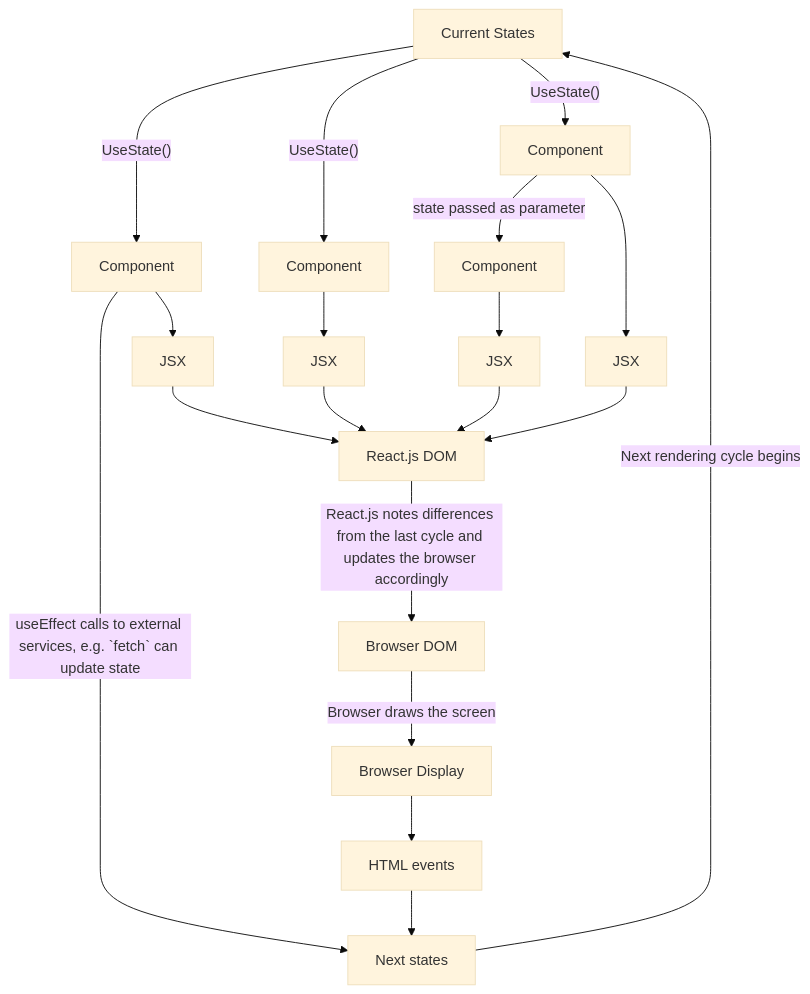
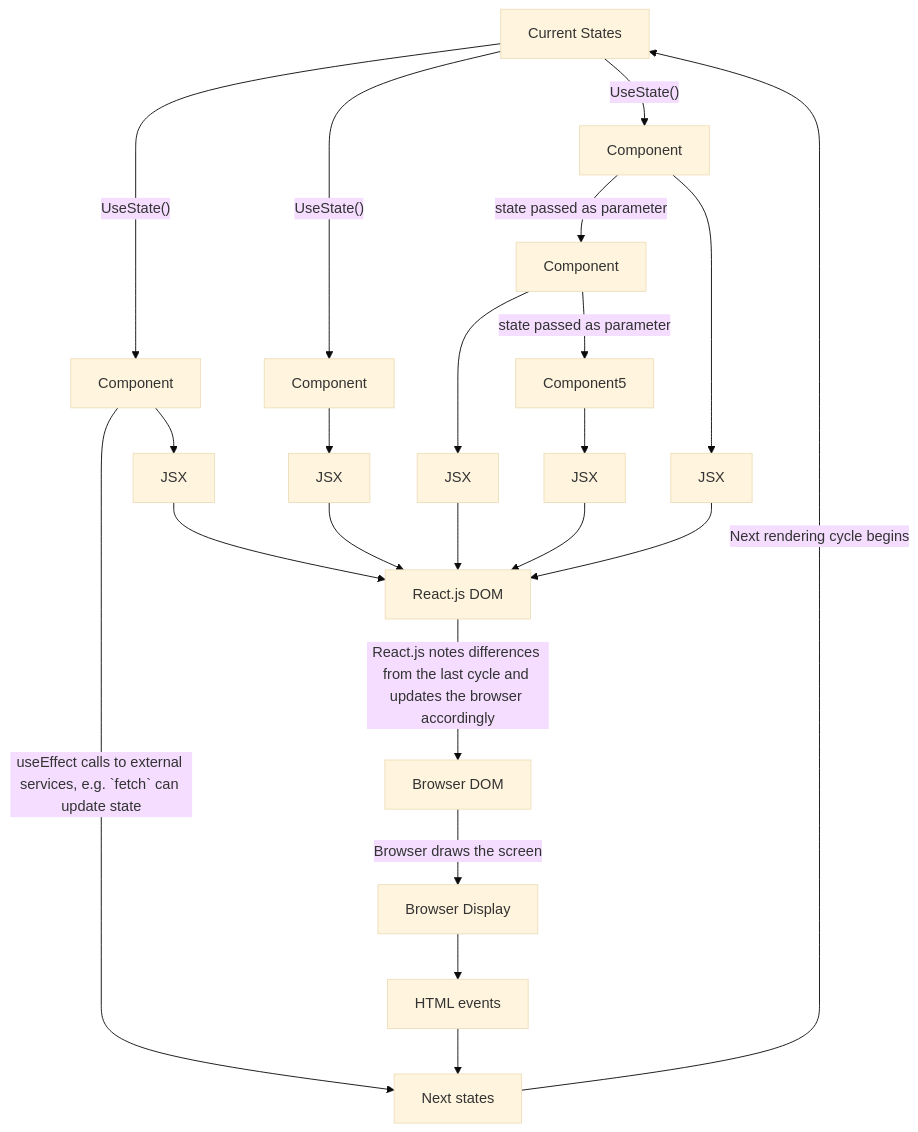
The second of 5 diagrams in README.md (Billy-Spearman-WCCI/RaceCarExtension), drawn with Mermaid (base theme) before and after one commit.

Commit message:
State can be passed from component to component

````diff
--- a/README.md
+++ b/README.md
@@ -560,21 +560,24 @@
     ```mermaid
     graph TB;
     state-->|"UseState()"|Component
     state-->|"UseState()"|Component2[Component]
     state-->|"UseState()"|Component4[Component]
     Component2-->JSX2[JSX]
     JSX2-->ReactDOM
     Component3[Component]-->JSX3[JSX]
     JSX3-->ReactDOM
+    Component3-->|state passed as parameter|Component5
     Component4-->|state passed as parameter|Component3
     Component4-->JSX4[JSX]
+    Component5-->JSX5[JSX]
     JSX4-->ReactDOM
+    JSX5-->ReactDOM
     Component-->|"useEffect" calls to external services, e.g. `fetch` can update state|nextState
     Component-->JSX
     JSX-->ReactDOM[React.js DOM]
     ReactDOM-->|React.js notes differences from the last cycle and updates the browser accordingly|BrowserDOM[Browser DOM]
     BrowserDOM-->|Browser draws the screen|Display[Browser Display]
     Display-->BrowserEvents[HTML events]
     BrowserEvents-->nextState
     nextState[Next states]-->|Next rendering cycle begins|state[Current States]
     ``` 
````
